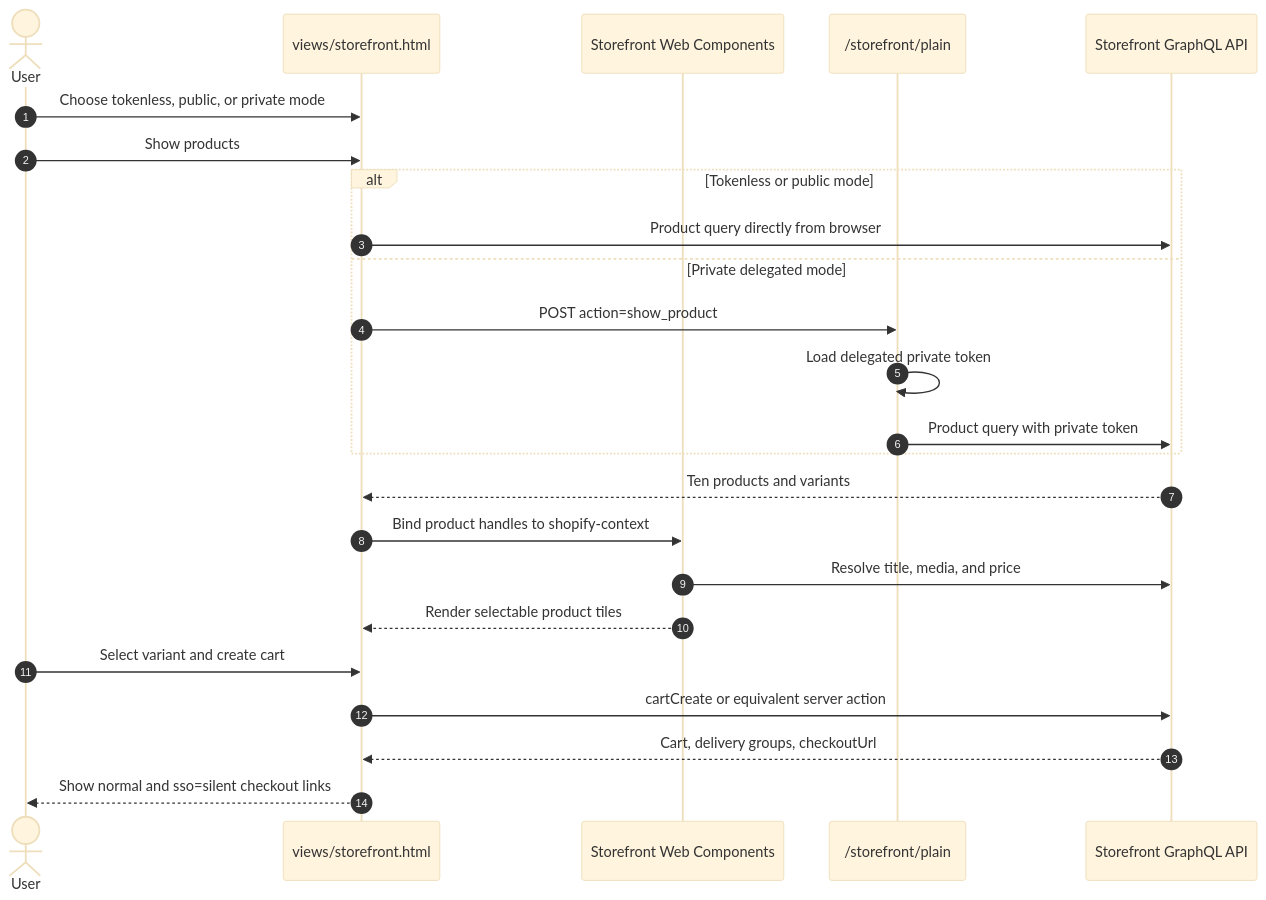
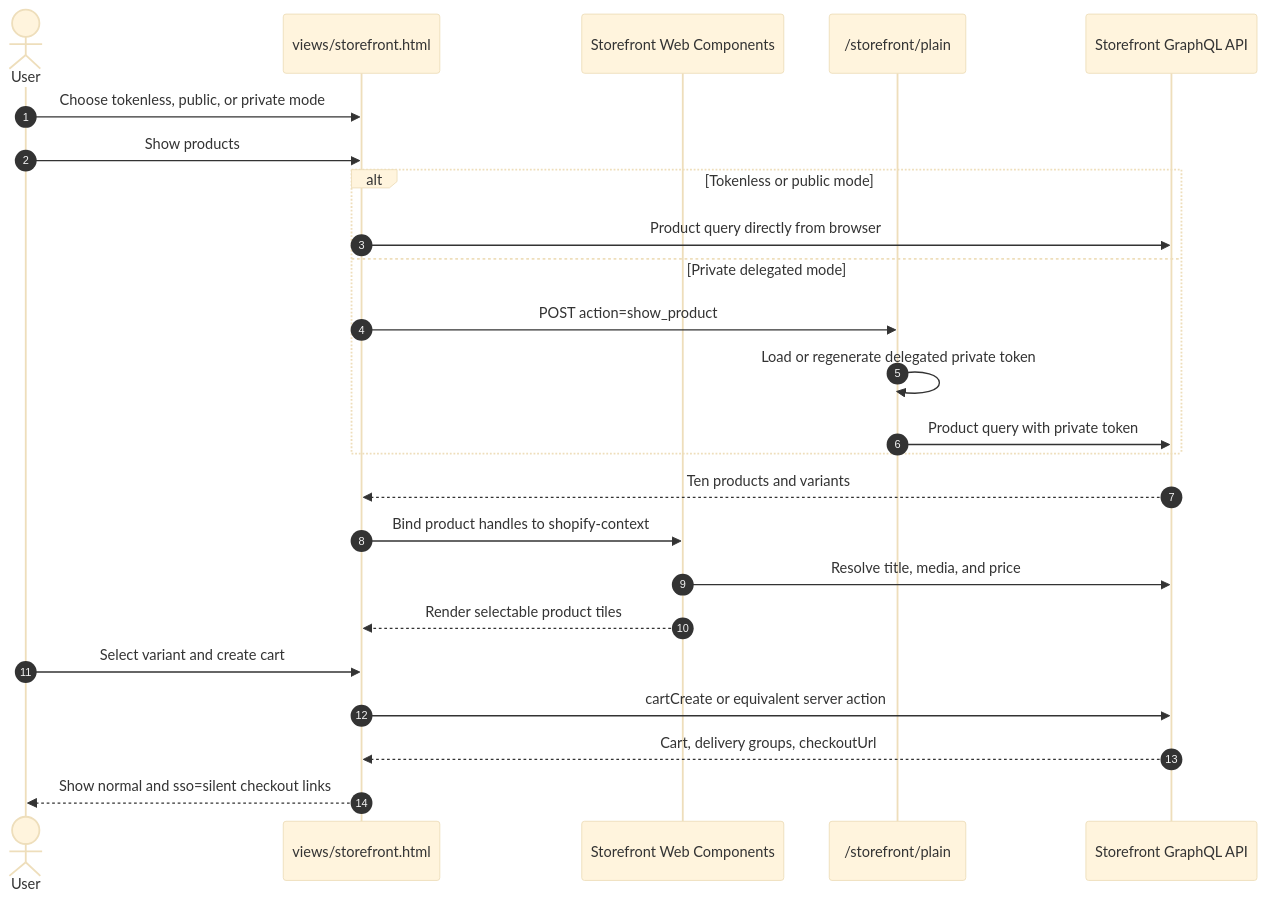
One commit to benzookapi/shopify-barebone-app-sample changed the second of 3 diagrams in docs/15-storefront.md. Above: the diagram before and after it, drawn with Mermaid (base theme). The commit also changed other lines of this file and 3 other files, not shown here.

Commit message:
Document app security configuration and offline token refresh flow

````diff
--- a/docs/15-storefront.md
+++ b/docs/15-storefront.md
@@ -42,27 +49,27 @@
 ```mermaid
 sequenceDiagram
     autonumber
     actor User
     participant Page as views/storefront.html
     participant Components as Storefront Web Components
     participant Server as /storefront/plain
     participant API as Storefront GraphQL API
 
     User->>Page: Choose tokenless, public, or private mode
     User->>Page: Show products
     alt Tokenless or public mode
         Page->>API: Product query directly from browser
     else Private delegated mode
         Page->>Server: POST action=show_product
-        Server->>Server: Load delegated private token
+        Server->>Server: Load or regenerate delegated private token
         Server->>API: Product query with private token
     end
     API-->>Page: Ten products and variants
     Page->>Components: Bind product handles to shopify-context
     Components->>API: Resolve title, media, and price
     Components-->>Page: Render selectable product tiles
     User->>Page: Select variant and create cart
     Page->>API: cartCreate or equivalent server action
     API-->>Page: Cart, delivery groups, checkoutUrl
     Page-->>User: Show normal and sso=silent checkout links
 ```
````
